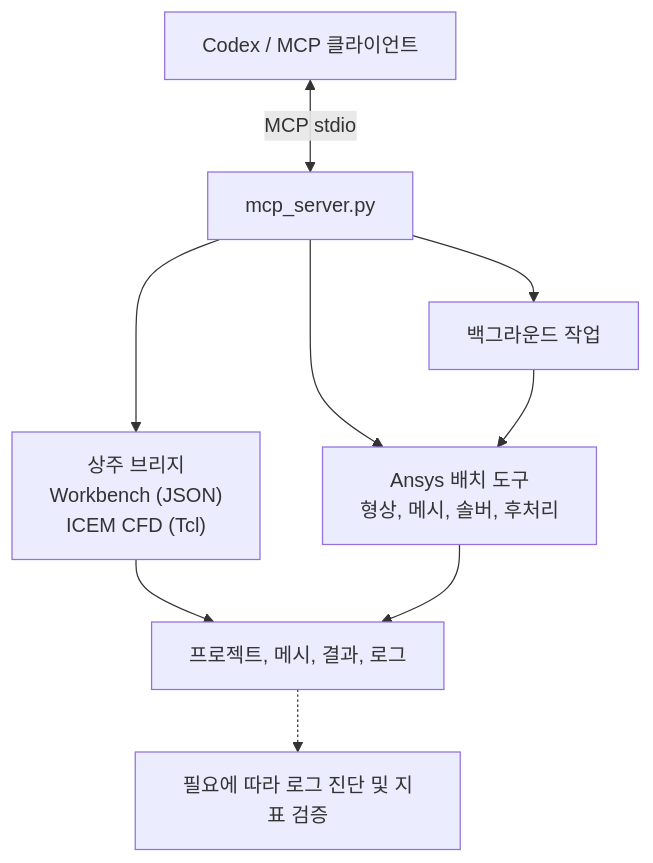
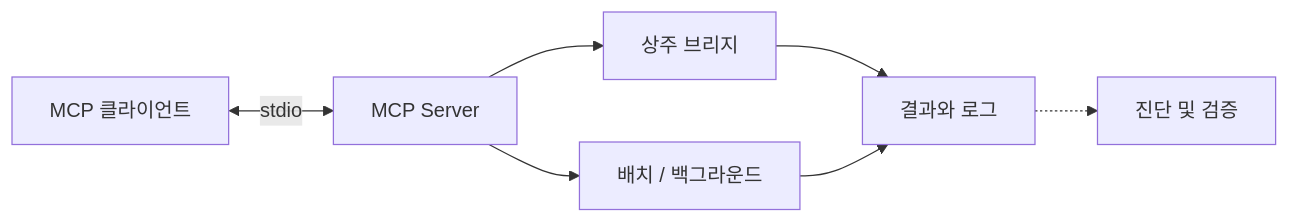
Before and after one commit to hongwenwang36-eng/ANSYS-Workbench-mcp: the diagram in README.ko.md, drawn with Mermaid. The commit also changed other lines of this file and 4 other files, not shown here.

Commit message:
docs: compact workflow diagrams and localize Fluent FSI example

````diff
--- a/README.ko.md
+++ b/README.ko.md
@@ -51,11 +53,9 @@
 ```mermaid
-flowchart TD
-    Client["Codex / MCP 클라이언트"] <-->|MCP stdio| Server["mcp_server.py"]
-    Server --> Live["상주 브리지<br/>Workbench (JSON)<br/>ICEM CFD (Tcl)"]
-    Server --> Batch["Ansys 배치 도구<br/>형상, 메시, 솔버, 후처리"]
-    Server --> Jobs["백그라운드 작업"]
-    Jobs --> Batch
-    Live --> Output["프로젝트, 메시, 결과, 로그"]
+flowchart LR
+    Client["MCP 클라이언트"] <-->|stdio| Server["MCP Server"]
+    Server --> Live["상주 브리지"]
+    Server --> Batch["배치 / 백그라운드"]
+    Live --> Output["결과와 로그"]
     Batch --> Output
-    Output -.-> Checks["필요에 따라 로그 진단 및 지표 검증"]
+    Output -.-> Checks["진단 및 검증"]
 ```
````
